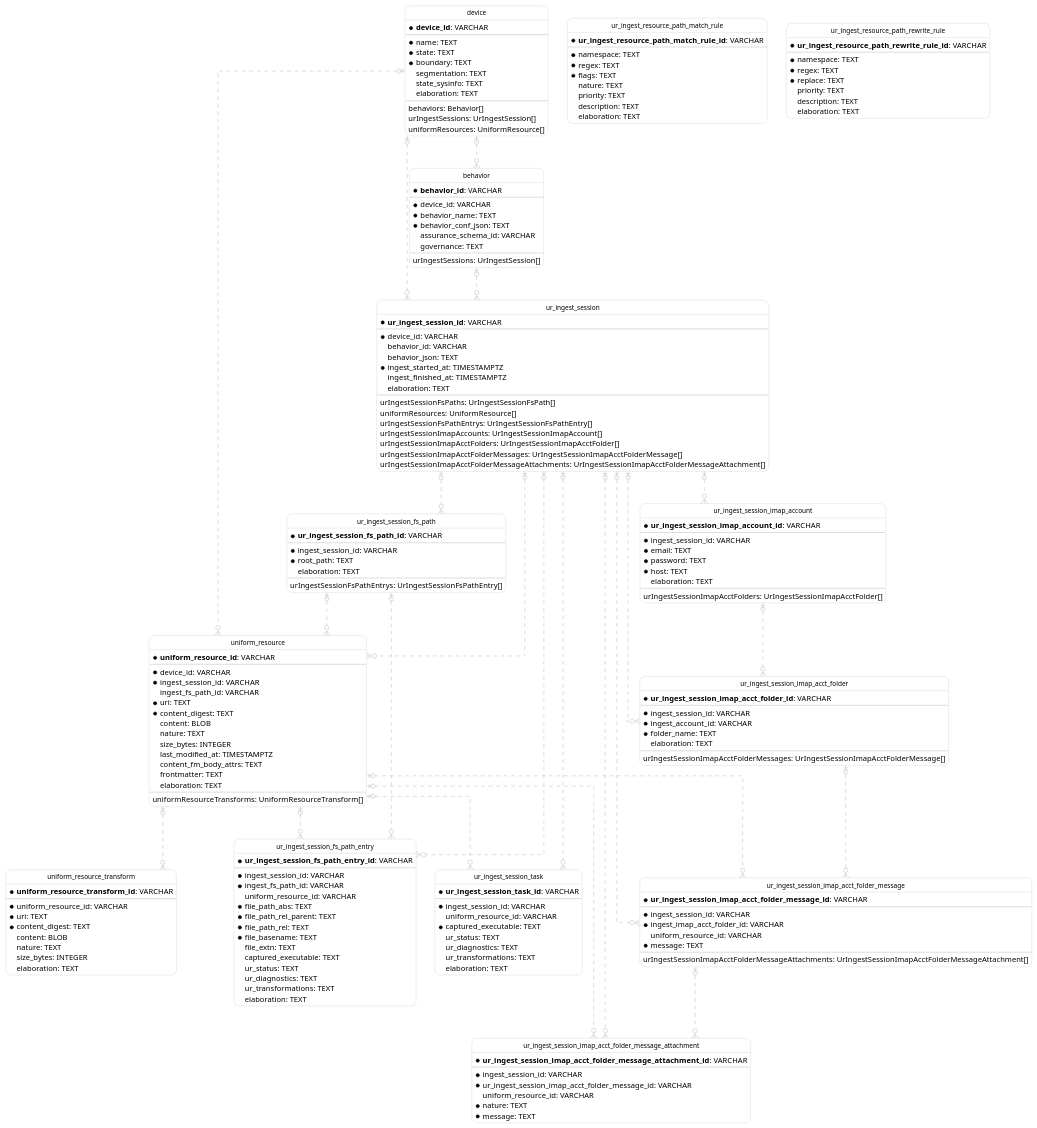
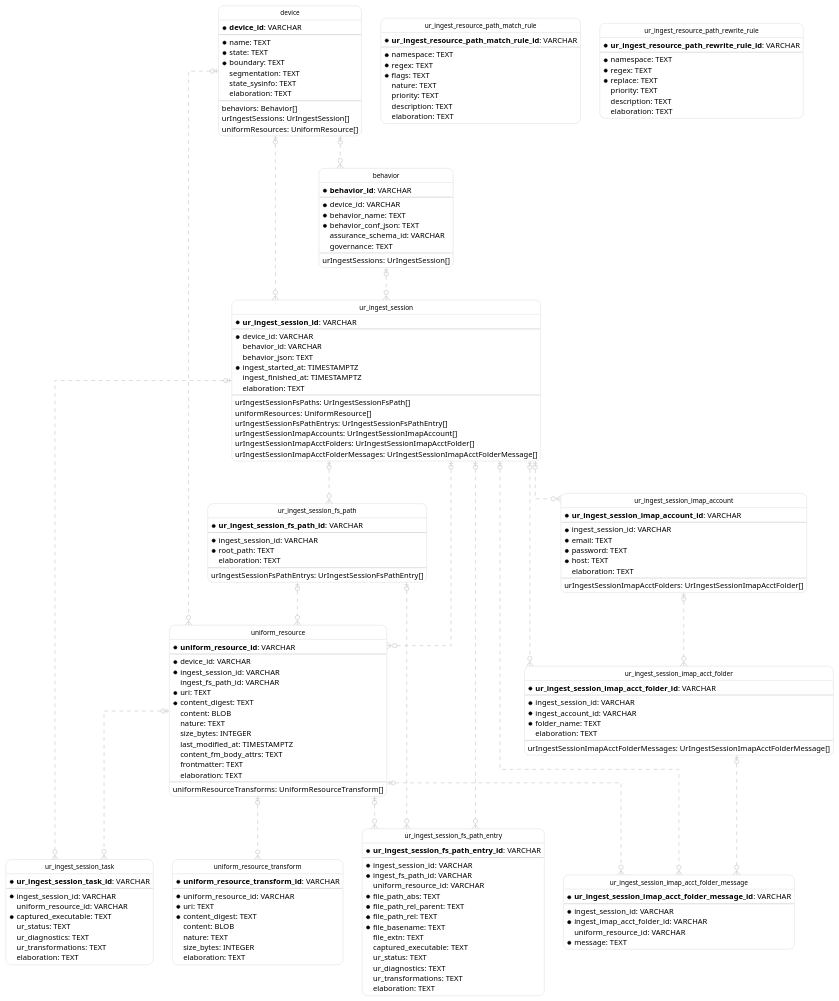
Before and after one commit to opsfolio/resource-surveillance: the diagram in support/docs/surveilr-state.auto.puml, drawn with PlantUML. The commit also changed 6 other files, not shown here.

```diff
--- a/support/docs/surveilr-state.auto.puml
+++ b/support/docs/surveilr-state.auto.puml
@@ -76,7 +76,6 @@
     urIngestSessionImapAccounts: UrIngestSessionImapAccount[]
     urIngestSessionImapAcctFolders: UrIngestSessionImapAcctFolder[]
     urIngestSessionImapAcctFolderMessages: UrIngestSessionImapAcctFolderMessage[]
-    urIngestSessionImapAcctFolderMessageAttachments: UrIngestSessionImapAcctFolderMessageAttachment[]
   }
 
   entity "ur_ingest_session_fs_path" as ur_ingest_session_fs_path {
@@ -180,18 +179,6 @@
     * ingest_imap_acct_folder_id: VARCHAR
       uniform_resource_id: VARCHAR
     * message: TEXT
-    --
-    urIngestSessionImapAcctFolderMessageAttachments: UrIngestSessionImapAcctFolderMessageAttachment[]
-  }
-
-  entity "ur_ingest_session_imap_acct_folder_message_attachment" as ur_ingest_session_imap_acct_folder_message_attachment {
-    * **ur_ingest_session_imap_acct_folder_message_attachment_id**: VARCHAR
-    --
-    * ingest_session_id: VARCHAR
-    * ur_ingest_session_imap_acct_folder_message_id: VARCHAR
-      uniform_resource_id: VARCHAR
-    * nature: TEXT
-    * message: TEXT
   }
 
   device |o..o{ behavior
@@ -213,7 +200,4 @@
   ur_ingest_session |o..o{ ur_ingest_session_imap_acct_folder_message
   ur_ingest_session_imap_acct_folder |o..o{ ur_ingest_session_imap_acct_folder_message
   uniform_resource |o..o{ ur_ingest_session_imap_acct_folder_message
-  ur_ingest_session |o..o{ ur_ingest_session_imap_acct_folder_message_attachment
-  ur_ingest_session_imap_acct_folder_message |o..o{ ur_ingest_session_imap_acct_folder_message_attachment
-  uniform_resource |o..o{ ur_ingest_session_imap_acct_folder_message_attachment
 @enduml
```
